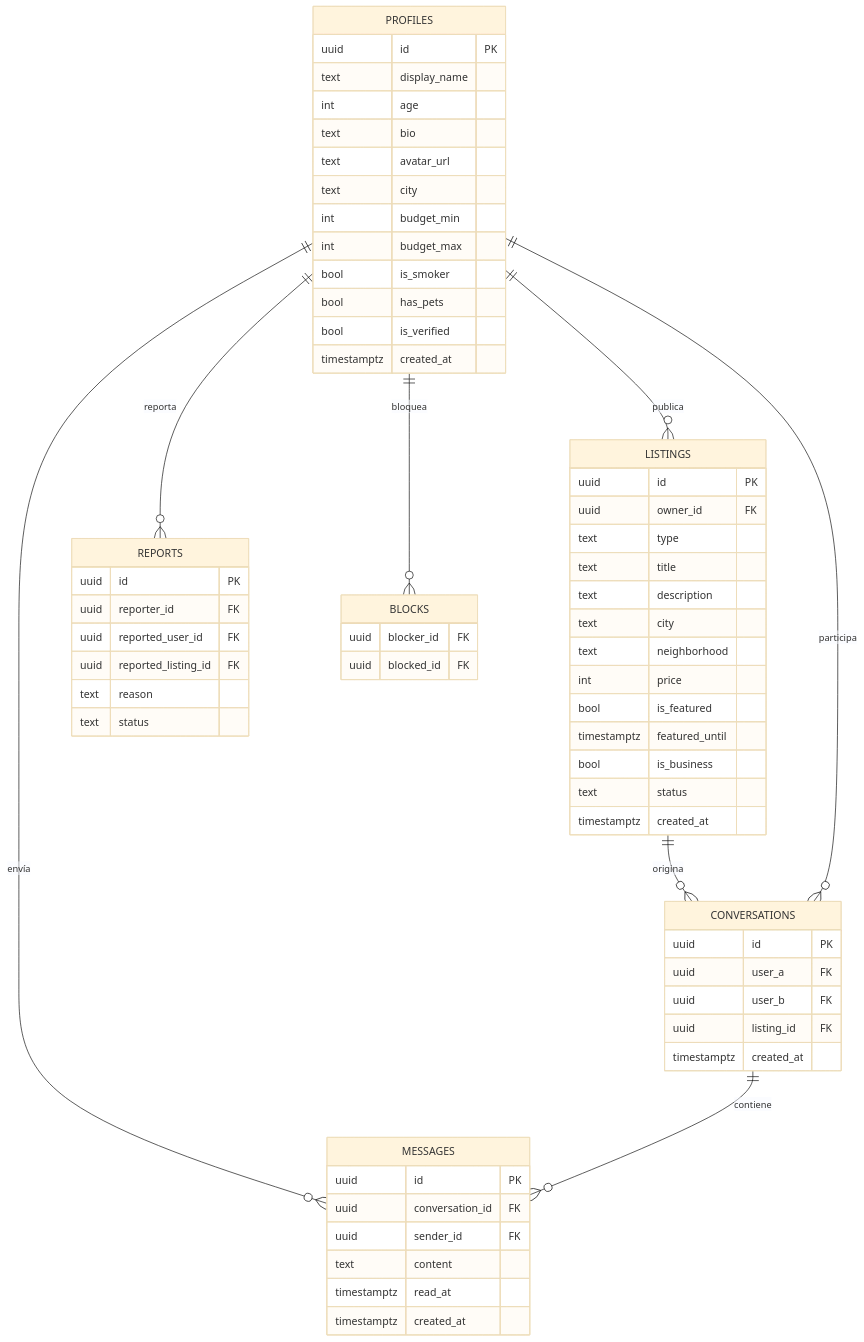
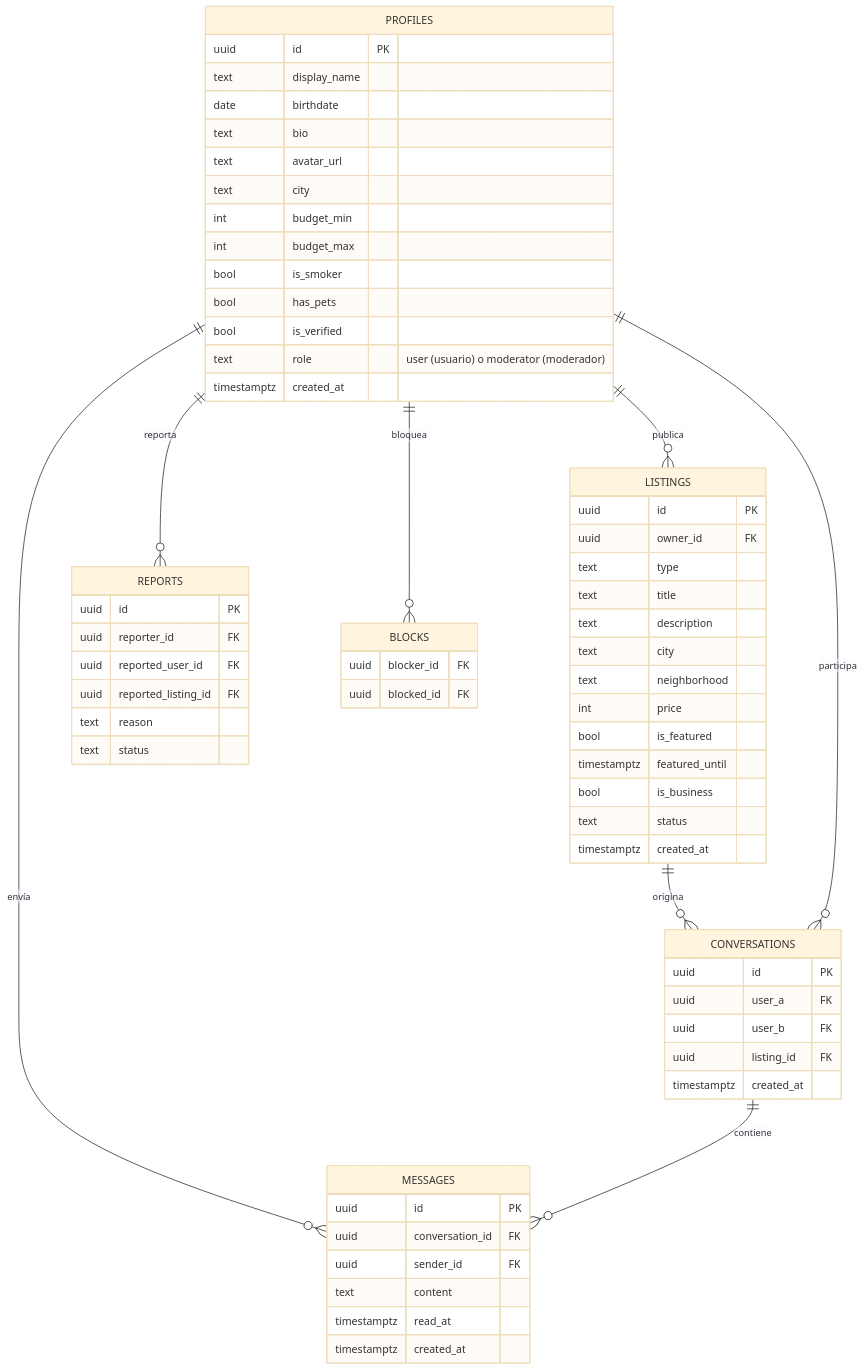
Before and after one commit to Fern1x17/room2gether: the diagram in docs/03-modelo-de-datos.md, drawn with Mermaid (base theme). The commit also changed 13 other files, not shown here.

First line of the commit message:
feat: store birthdate instead of age and add user roles

````diff
--- a/docs/03-modelo-de-datos.md
+++ b/docs/03-modelo-de-datos.md
@@ -7,72 +7,73 @@
 ```mermaid
 erDiagram
     PROFILES ||--o{ LISTINGS : "publica"
     PROFILES ||--o{ MESSAGES : "envía"
     PROFILES ||--o{ REPORTS : "reporta"
     LISTINGS ||--o{ CONVERSATIONS : "origina"
     CONVERSATIONS ||--o{ MESSAGES : "contiene"
     PROFILES ||--o{ CONVERSATIONS : "participa"
     PROFILES ||--o{ BLOCKS : "bloquea"
 
     PROFILES {
         uuid id PK
         text display_name
-        int age
+        date birthdate
         text bio
         text avatar_url
         text city
         int budget_min
         int budget_max
         bool is_smoker
         bool has_pets
         bool is_verified
+        text role "user (usuario) o moderator (moderador)"
         timestamptz created_at
     }
 
     LISTINGS {
         uuid id PK
         uuid owner_id FK
         text type
         text title
         text description
         text city
         text neighborhood
         int price
         bool is_featured
         timestamptz featured_until
         bool is_business
         text status
         timestamptz created_at
     }
 
     CONVERSATIONS {
         uuid id PK
         uuid user_a FK
         uuid user_b FK
         uuid listing_id FK
         timestamptz created_at
     }
 
     MESSAGES {
         uuid id PK
         uuid conversation_id FK
         uuid sender_id FK
         text content
         timestamptz read_at
         timestamptz created_at
     }
 
     REPORTS {
         uuid id PK
         uuid reporter_id FK
         uuid reported_user_id FK
         uuid reported_listing_id FK
         text reason
         text status
     }
 
     BLOCKS {
         uuid blocker_id FK
         uuid blocked_id FK
     }
 ```
````
